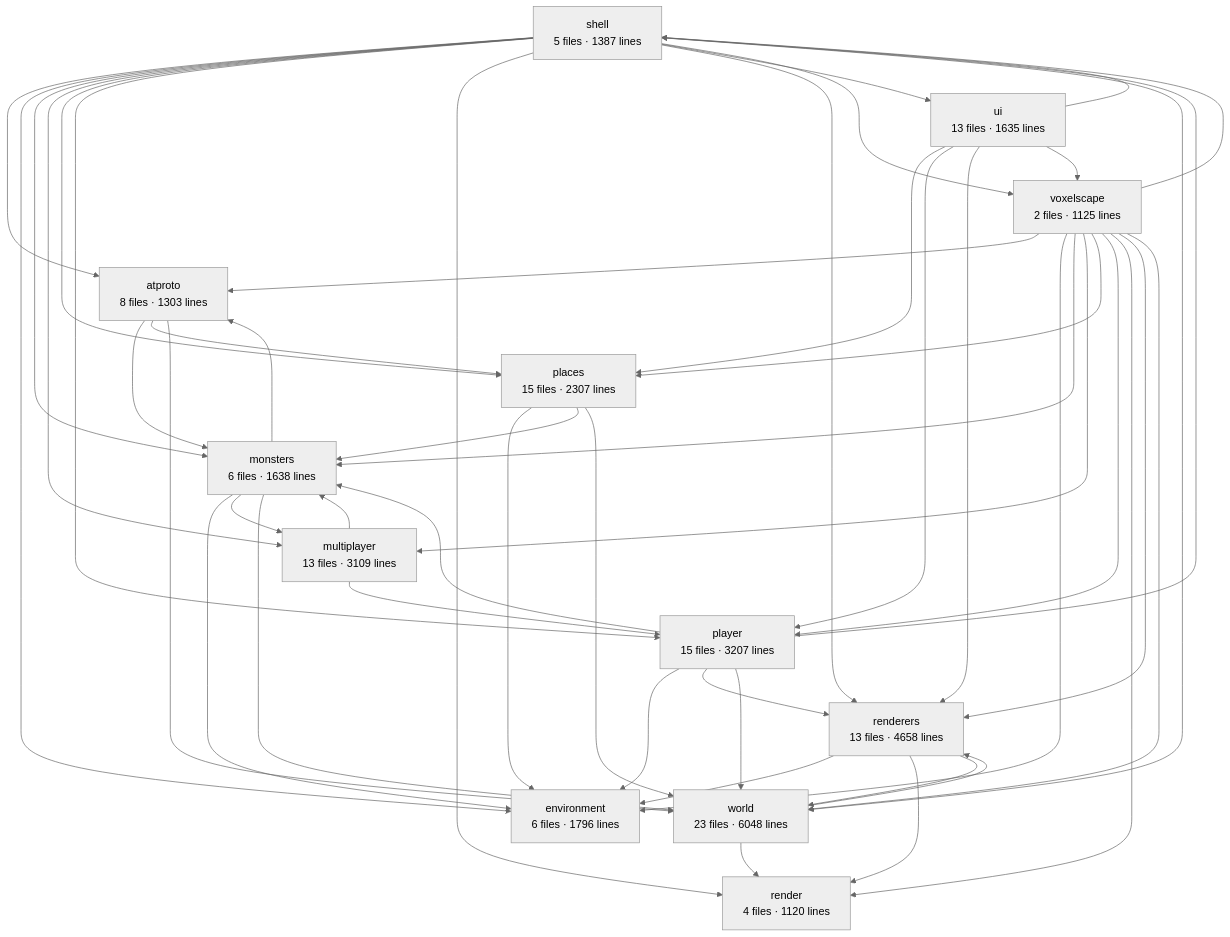
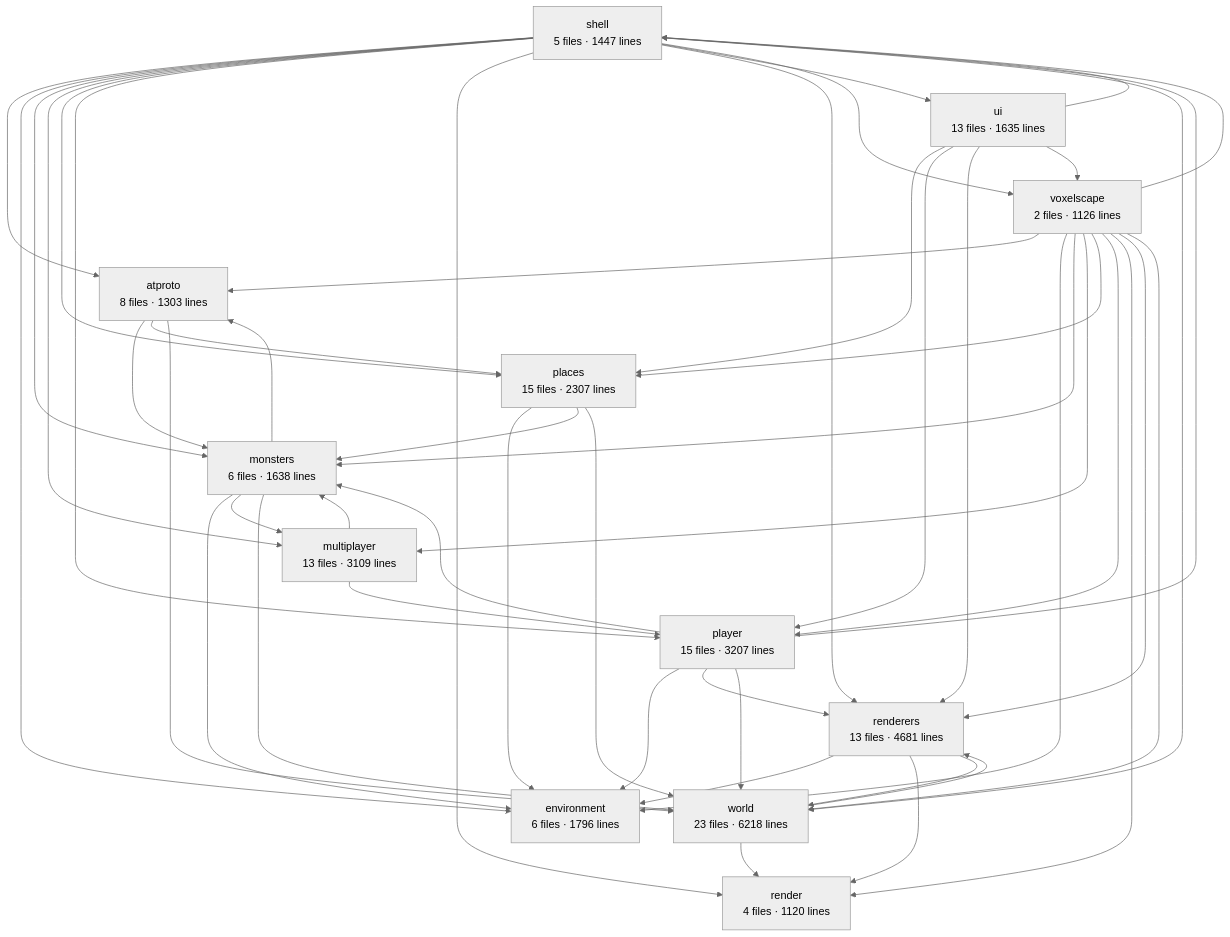
The diagram in apps/voxelscape/docs/architecture.md (clinuxrulz/big-mesh-studios), drawn with Mermaid (neutral theme) before and after one commit. The commit also changed other lines of this file and 10 other files, not shown here.

````diff
--- a/apps/voxelscape/docs/architecture.md
+++ b/apps/voxelscape/docs/architecture.md
@@ -6,63 +6,63 @@
 ```mermaid
 graph TD
-  shell["shell<br/>5 files · 1387 lines"]
-  voxelscape["voxelscape<br/>2 files · 1125 lines"]
-  world["world<br/>23 files · 6048 lines"]
-  renderers["renderers<br/>13 files · 4658 lines"]
+  shell["shell<br/>5 files · 1447 lines"]
+  voxelscape["voxelscape<br/>2 files · 1126 lines"]
+  world["world<br/>23 files · 6218 lines"]
+  renderers["renderers<br/>13 files · 4681 lines"]
   render["render<br/>4 files · 1120 lines"]
   player["player<br/>15 files · 3207 lines"]
   monsters["monsters<br/>6 files · 1638 lines"]
   multiplayer["multiplayer<br/>13 files · 3109 lines"]
   places["places<br/>15 files · 2307 lines"]
   environment["environment<br/>6 files · 1796 lines"]
   atproto["atproto<br/>8 files · 1303 lines"]
   ui["ui<br/>13 files · 1635 lines"]
   atproto --> monsters
   atproto --> places
   atproto --> world
   monsters --> atproto
   monsters --> environment
   monsters --> multiplayer
   monsters --> world
   multiplayer --> monsters
   multiplayer --> player
   places --> environment
   places --> monsters
   places --> world
   player --> environment
   player --> monsters
   player --> renderers
   player --> shell
   player --> world
   renderers --> environment
   renderers --> render
   renderers --> world
   shell --> atproto
   shell --> environment
   shell --> monsters
   shell --> multiplayer
   shell --> places
   shell --> player
   shell --> render
   shell --> renderers
   shell --> ui
   shell --> voxelscape
   shell --> world
   ui --> places
   ui --> player
   ui --> renderers
   ui --> shell
   ui --> voxelscape
   voxelscape --> atproto
   voxelscape --> environment
   voxelscape --> monsters
   voxelscape --> multiplayer
   voxelscape --> places
   voxelscape --> player
   voxelscape --> render
   voxelscape --> renderers
   voxelscape --> shell
   voxelscape --> world
   world --> render
   world --> renderers
 ```
````
